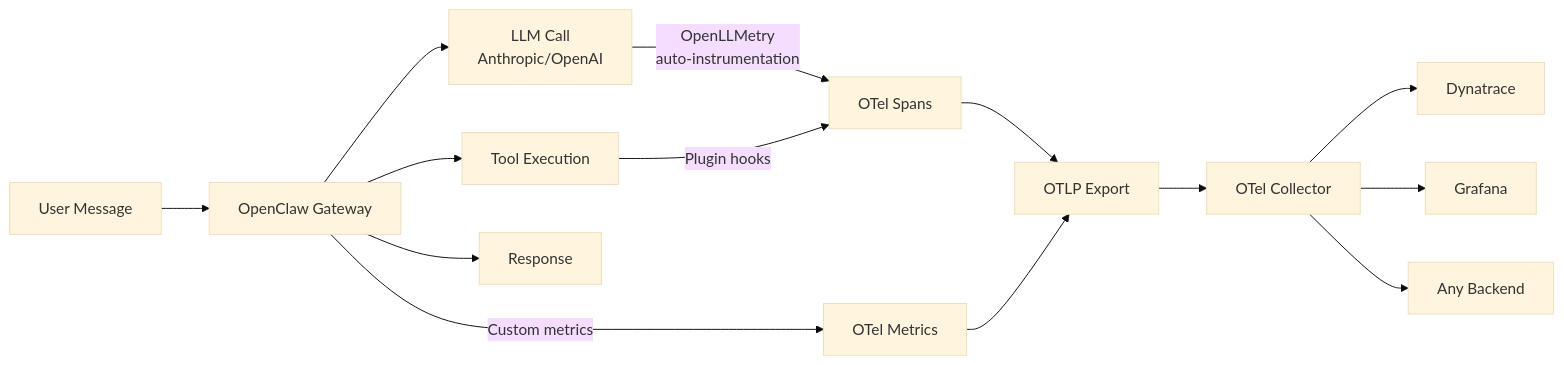
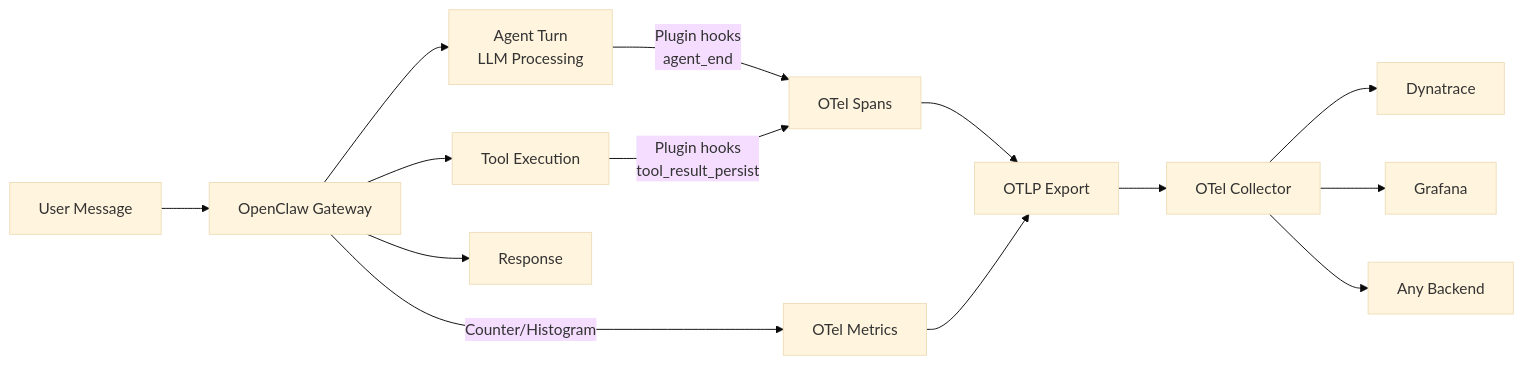
The diagram in docs/index.md (henrikrexed/openclaw-observability-plugin), drawn with Mermaid (base theme) before and after one commit. The commit also changed other lines of this file and 8 other files, not shown here.

First line of the commit message:
docs: remove OpenLLMetry references, document actual hook-based approach

````diff
--- a/docs/index.md
+++ b/docs/index.md
@@ -18,19 +18,19 @@
 ```mermaid
 flowchart LR
     A[User Message] --> B[OpenClaw Gateway]
-    B --> C[LLM Call<br/>Anthropic/OpenAI]
+    B --> C[Agent Turn<br/>LLM Processing]
     B --> D[Tool Execution]
     B --> E[Response]
 
-    C -->|OpenLLMetry<br/>auto-instrumentation| F[OTel Spans]
-    D -->|Plugin hooks| F
-    B -->|Custom metrics| G[OTel Metrics]
+    C -->|Plugin hooks<br/>agent_end| F[OTel Spans]
+    D -->|Plugin hooks<br/>tool_result_persist| F
+    B -->|Counter/Histogram| G[OTel Metrics]
 
     F --> H[OTLP Export]
     G --> H
 
     H --> I[OTel Collector]
     I --> J[Dynatrace]
     I --> K[Grafana]
     I --> L[Any Backend]
 ```
````
